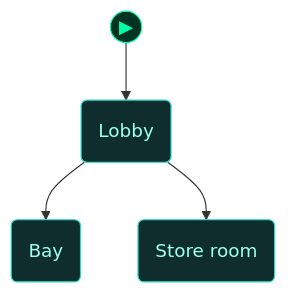
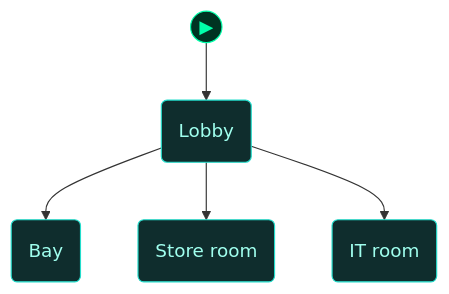
One commit to cliffe/BreakEscape changed the fourth of 5 diagrams in scenarios/test_ops_privilege/dungeon_graph.md. Above: the diagram before and after it, drawn with Mermaid. The commit also changed other lines of this file and 8 other files, not shown here.

````diff
--- a/scenarios/test_ops_privilege/dungeon_graph.md
+++ b/scenarios/test_ops_privilege/dungeon_graph.md
@@ -391,31 +521,33 @@
 ```mermaid
 flowchart TD
 
   classDef room      fill:#0f2d2d,stroke:#22ddcc,color:#a0ffee
   classDef lock      fill:#2d0f0f,stroke:#e66060,color:#ffa0a0
   classDef key       fill:#2d0812,stroke:#e66060,color:#ffa0a0
   classDef item      fill:#2d1200,stroke:#e89030,color:#ffcc80
   classDef gate      fill:#111,stroke:#666,color:#eee
   classDef vm        fill:#0c1f40,stroke:#4a90d9,color:#a0c8ff
   classDef flag      fill:#1a0c2d,stroke:#9060d0,color:#cc99ff
   classDef action    fill:#1a1200,stroke:#cc9922,color:#ffee88
   classDef aim       fill:#0d2a0d,stroke:#44cc44,color:#88ff88
   classDef aim_gate  fill:#111111,stroke:#44cc44,color:#44cc44
   classDef container fill:#1a2d1a,stroke:#60b060,color:#a0e0a0
   classDef npc       fill:#2d1f0d,stroke:#d0a050,color:#ffe0a0
   classDef critical  fill:#2a1500,stroke:#ffaa00,color:#ffdd88
   classDef start     fill:#003322,stroke:#00ffaa,color:#00ffaa
 
   node_start(("▶"))
   node_start --> lobby
 
   lobby("Lobby")
   bay("Bay")
   store("Store room")
+  it_room("IT room")
 
   lobby --> bay
   lobby --> store
+  lobby --> it_room
 
-  class lobby,bay,store room
+  class lobby,bay,store,it_room room
   class node_start start
 ```
````
